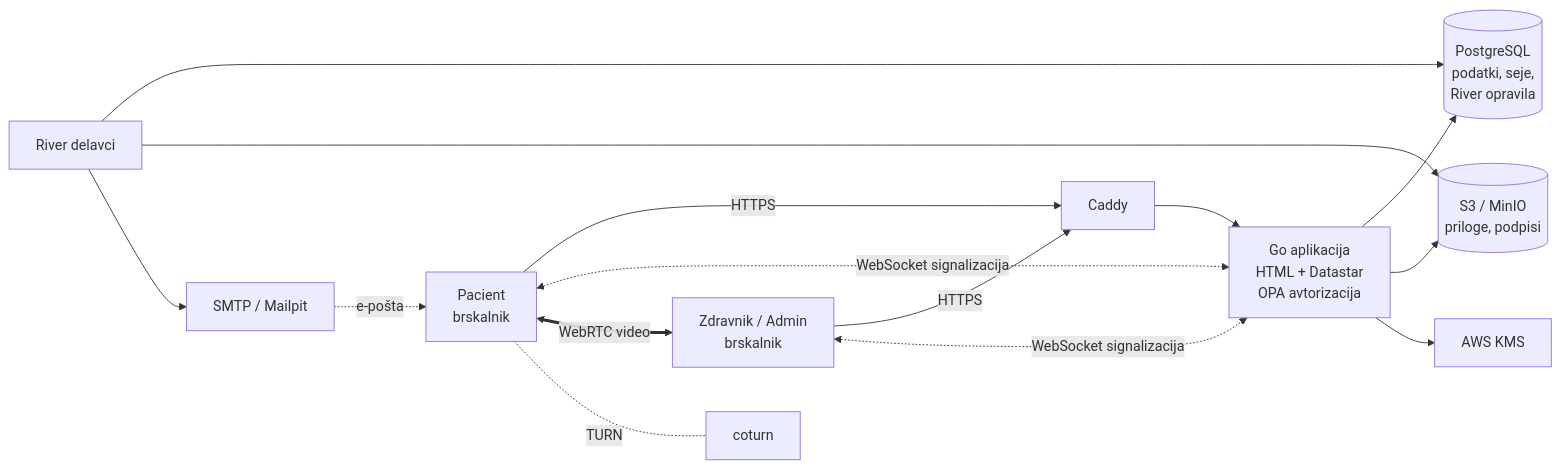
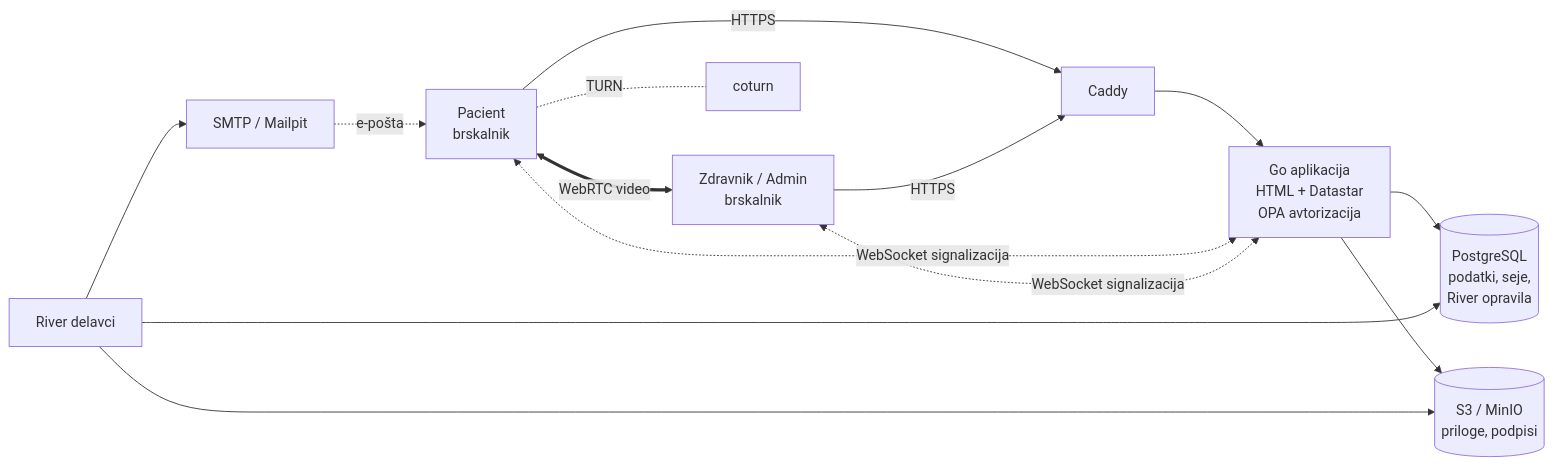
Before and after one commit to Gjoce/rir: the diagram in docs/04-arhitektura-in-tehnoloski-sklad.md, drawn with Mermaid. The commit also changed other lines of this file and 8 other files, not shown here.

````diff
--- a/docs/04-arhitektura-in-tehnoloski-sklad.md
+++ b/docs/04-arhitektura-in-tehnoloski-sklad.md
@@ -61,17 +60,16 @@
 ```mermaid
 flowchart LR
     P[Pacient<br/>brskalnik] -- HTTPS --> C[Caddy]
     Z[Zdravnik / Admin<br/>brskalnik] -- HTTPS --> C
     C --> A[Go aplikacija<br/>HTML + Datastar<br/>OPA avtorizacija]
     P <-. WebSocket signalizacija .-> A
     Z <-. WebSocket signalizacija .-> A
     P <== WebRTC video ==> Z
     P -. TURN .- T[coturn]
     A --> DB[(PostgreSQL<br/>podatki, seje,<br/>River opravila)]
     W[River delavci] --> DB
     A --> S3[(S3 / MinIO<br/>priloge, podpisi)]
     W --> S3
-    A --> KMS[AWS KMS]
     W --> M[SMTP / Mailpit]
     M -. e-pošta .-> P
 ```
````
